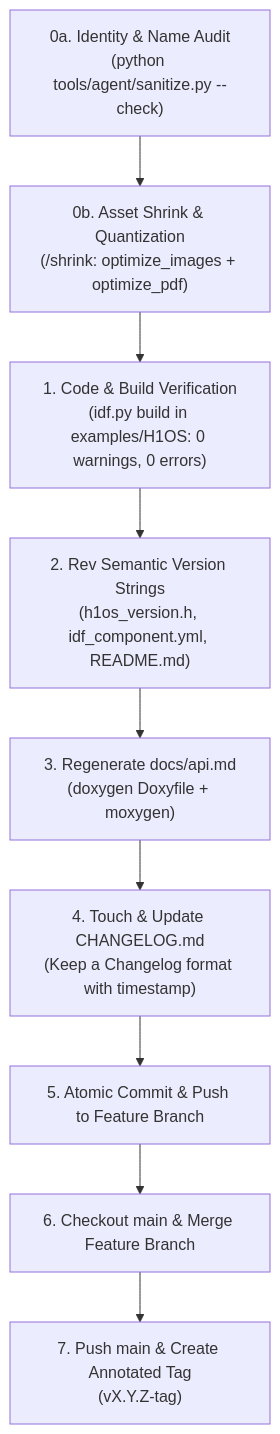
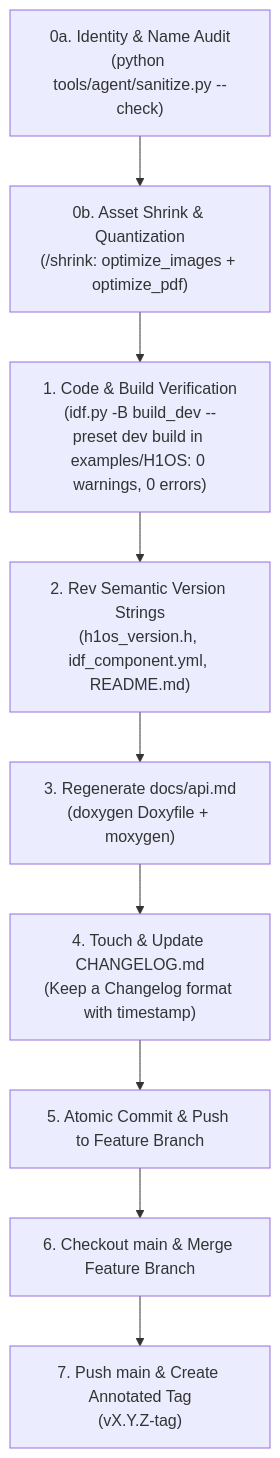
The diagram in .agents/rules/main-merge.md (Humidyne-Labs/H1OS), drawn with Mermaid before and after one commit. The commit also changed other lines of this file and 66 other files, not shown here.

````diff
--- a/.agents/rules/main-merge.md
+++ b/.agents/rules/main-merge.md
@@ -13,11 +13,11 @@
 ```mermaid
 graph TD;
     A0["0a. Identity & Name Audit<br/>(python tools/agent/sanitize.py --check)"] --> A0b["0b. Asset Shrink & Quantization<br/>(/shrink: optimize_images + optimize_pdf)"];
-    A0b --> A["1. Code & Build Verification<br/>(idf.py build in examples/H1OS: 0 warnings, 0 errors)"];
+    A0b --> A["1. Code & Build Verification<br/>(idf.py -B build_dev --preset dev build in examples/H1OS: 0 warnings, 0 errors)"];
     A --> B["2. Rev Semantic Version Strings<br/>(h1os_version.h, idf_component.yml, README.md)"];
     B --> C["3. Regenerate docs/api.md<br/>(doxygen Doxyfile + moxygen)"];
     C --> D["4. Touch & Update CHANGELOG.md<br/>(Keep a Changelog format with timestamp)"];
     D --> E["5. Atomic Commit & Push to Feature Branch"];
     E --> F["6. Checkout main & Merge Feature Branch"];
     F --> G["7. Push main & Create Annotated Tag<br/>(vX.Y.Z-tag)"];
 ```
````
